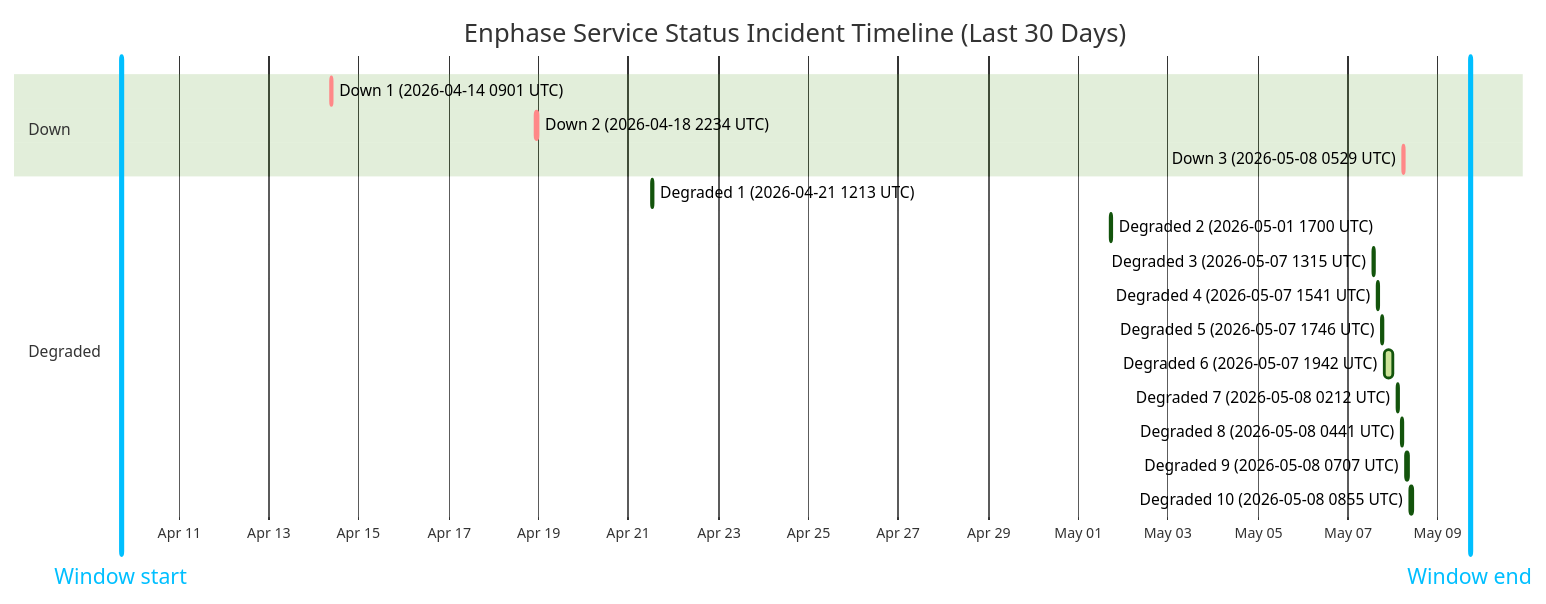
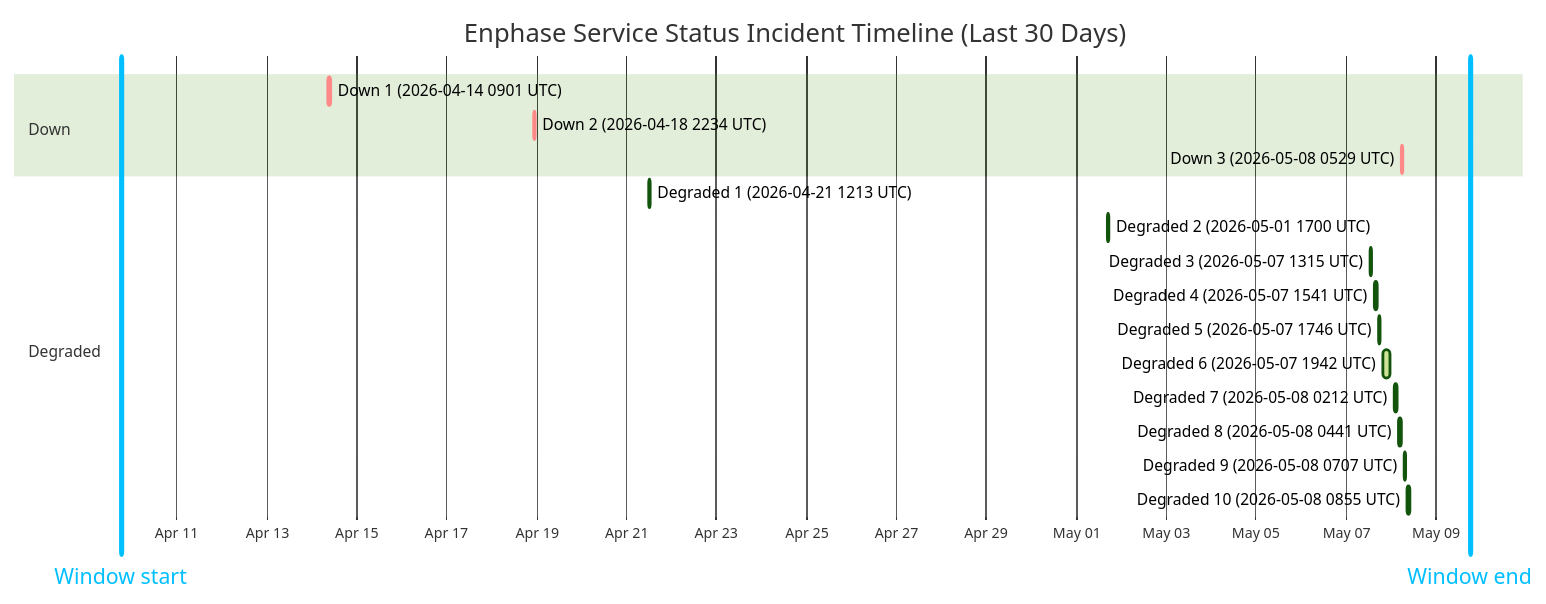
One commit to barneyonline/ha-enphase-ev-charger changed the diagram in wiki/Service-Status-History.md. Above: the diagram before and after it, drawn with Mermaid (forest theme). The commit also changed other lines of this file and 3 other files, not shown here.

````diff
--- a/wiki/Service-Status-History.md
+++ b/wiki/Service-Status-History.md
@@ -14,23 +14,23 @@
 ```mermaid
 gantt
     title Enphase Service Status Incident Timeline (Last 30 Days)
     dateFormat  YYYY-MM-DDTHH:mm:ss
     axisFormat  %b %d
-    Window start :vert, window-start, 2026-04-09T17:04:27, 0ms
-    Window end :vert, window-end, 2026-05-09T17:04:27, 0ms
+    Window start :vert, window-start, 2026-04-09T18:12:43, 0ms
+    Window end :vert, window-end, 2026-05-09T18:12:43, 0ms
     section Down
     Down 1 (2026-04-14 0901 UTC) :crit, down-1, 2026-04-14T09:01:13, 60m
     Down 2 (2026-04-18 2234 UTC) :crit, down-2, 2026-04-18T22:34:13, 60m
     Down 3 (2026-05-08 0529 UTC) :crit, down-3, 2026-05-08T05:29:47, 60m
     section Degraded
     Degraded 1 (2026-04-21 1213 UTC) :active, degraded-1, 2026-04-21T12:13:11, 60m
     Degraded 2 (2026-05-01 1700 UTC) :active, degraded-2, 2026-05-01T17:00:22, 60m
     Degraded 3 (2026-05-07 1315 UTC) :active, degraded-3, 2026-05-07T13:15:25, 60m
     Degraded 4 (2026-05-07 1541 UTC) :active, degraded-4, 2026-05-07T15:41:58, 60m
     Degraded 5 (2026-05-07 1746 UTC) :active, degraded-5, 2026-05-07T17:46:51, 60m
     Degraded 6 (2026-05-07 1942 UTC) :active, degraded-6, 2026-05-07T19:42:10, 249m
     Degraded 7 (2026-05-08 0212 UTC) :active, degraded-7, 2026-05-08T02:12:39, 60m
     Degraded 8 (2026-05-08 0441 UTC) :active, degraded-8, 2026-05-08T04:41:46, 60m
     Degraded 9 (2026-05-08 0707 UTC) :active, degraded-9, 2026-05-08T07:07:30, 60m
     Degraded 10 (2026-05-08 0855 UTC) :active, degraded-10, 2026-05-08T08:55:20, 88m
 ```
````
